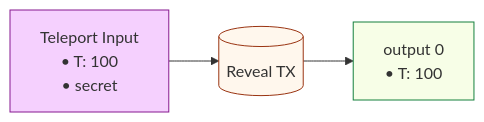
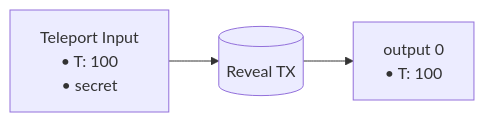
Before and after one commit to ArkLabsHQ/arkade-assets: the tenth of 13 diagrams in Arkade-Assets-Documentation.md, drawn with Mermaid. The commit also changed other lines of this file and 1 other file, not shown here.

````diff
--- a/Arkade-Assets-Documentation.md
+++ b/Arkade-Assets-Documentation.md
@@ -1051,13 +1003,7 @@
 ```mermaid
 flowchart LR
   RevealTX[(Reveal TX)]
   i_teleport["Teleport Input<br/>• T: 100<br/>• secret"] --> RevealTX
   RevealTX --> o0["output 0<br/>• T: 100"]
 
-  classDef in fill:#f5d0fe,stroke:#86198f,stroke-width:1px;
-  classDef out fill:#f7fee7,stroke:#15803d,stroke-width:1px;
-  classDef tx fill:#fff7ed,stroke:#9a3412,stroke-width:1px;
-  class i_teleport in;
-  class o0 out;
-  class RevealTX tx;
 ```
````
